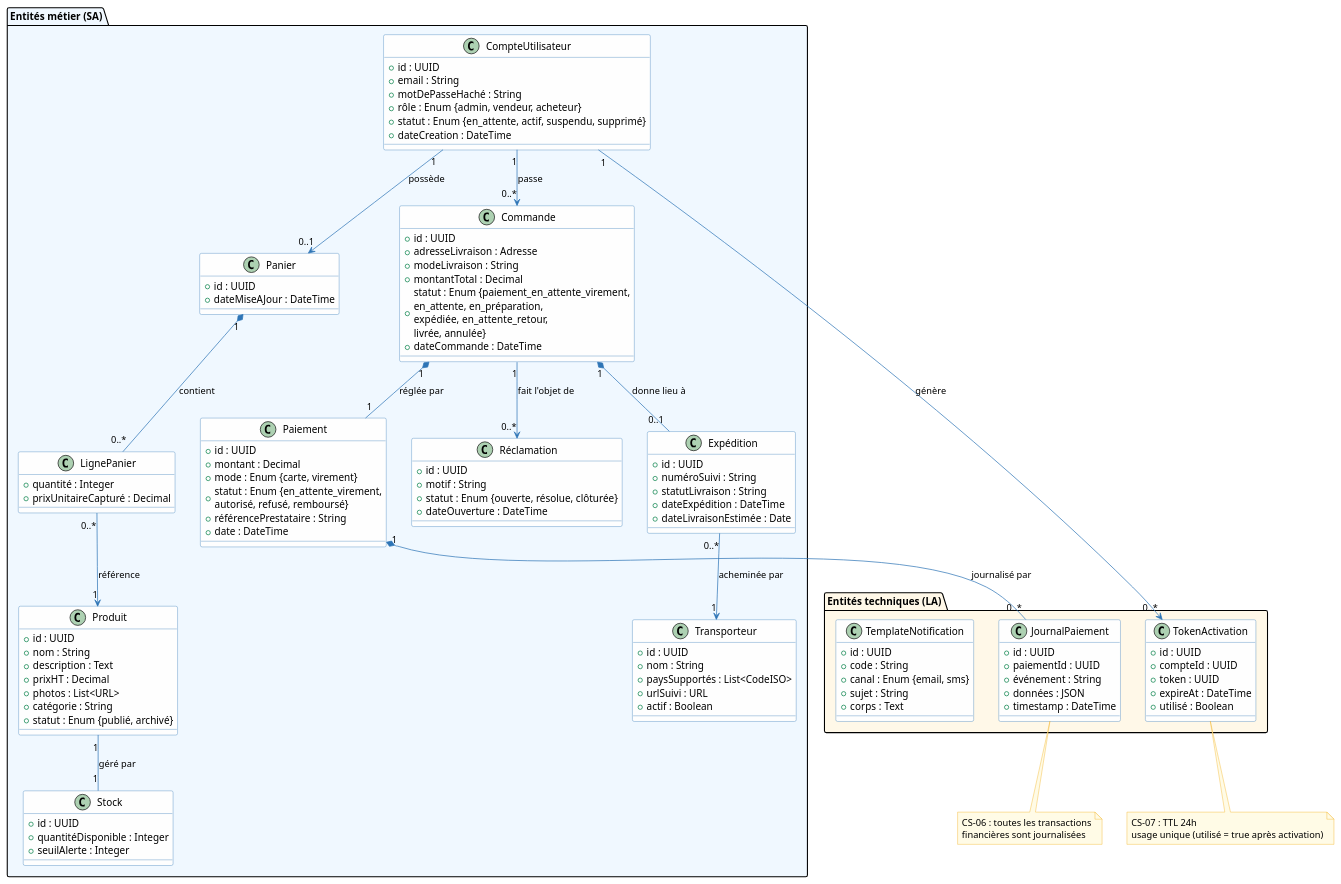
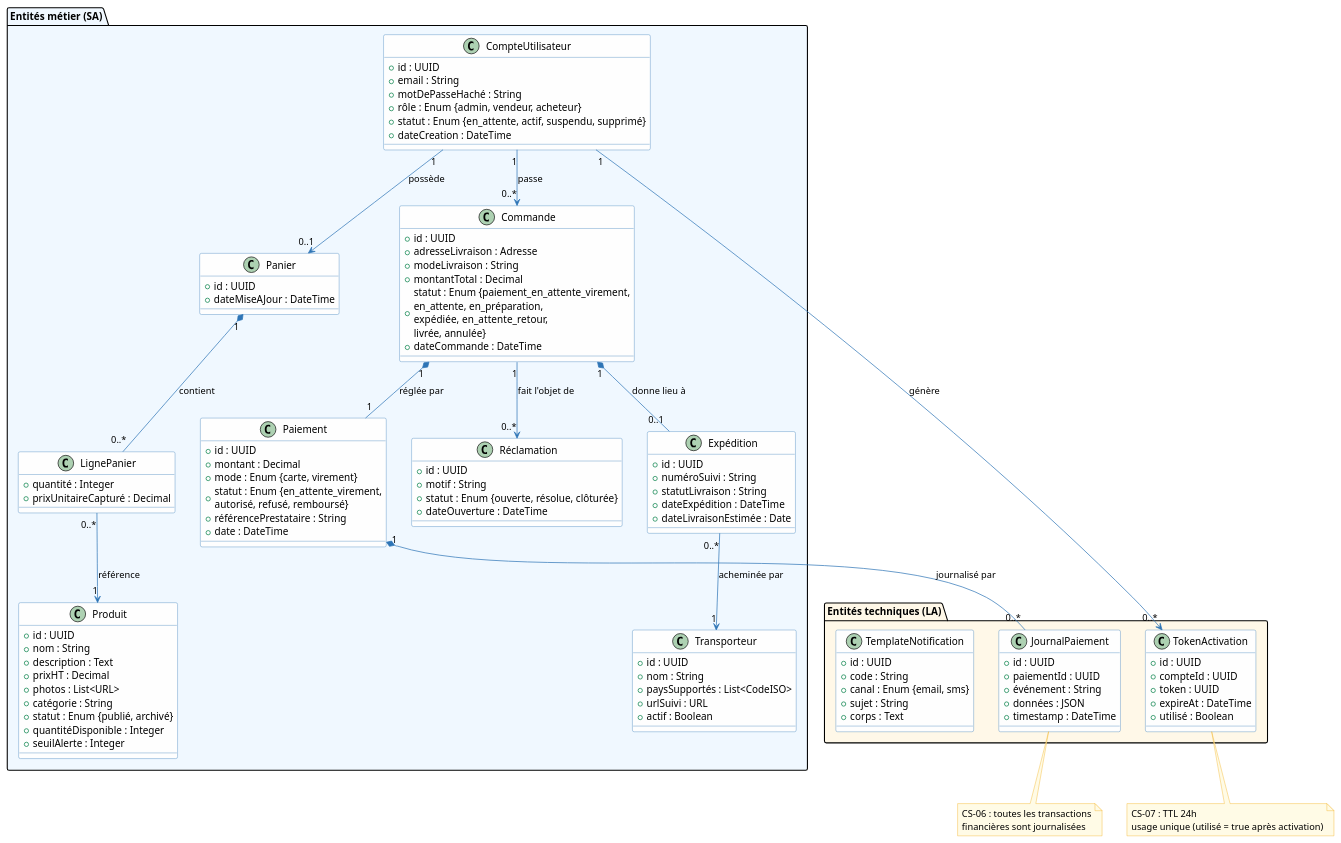
One commit to louistalvande/online_shop changed the seventh of 7 diagrams in architecture/03-logical-architecture/la.adoc. Above: the diagram before and after it, drawn with PlantUML. The commit also changed other lines of this file, not shown here.

Commit message:
merge product and stock, delete audit log

```diff
--- a/architecture/03-logical-architecture/la.adoc
+++ b/architecture/03-logical-architecture/la.adoc
@@ -596,10 +588,6 @@
     + photos : List<URL>
     + catégorie : String
     + statut : Enum {publié, archivé}
-  }
-
-  class Stock {
-    + id : UUID
     + quantitéDisponible : Integer
     + seuilAlerte : Integer
   }
@@ -688,7 +676,6 @@
 CompteUtilisateur "1" --> "0..*" Commande : passe
 Panier "1" *-- "0..*" LignePanier : contient
 LignePanier "0..*" --> "1" Produit : référence
-Produit "1" -- "1" Stock : géré par
 Commande "1" *-- "1" Paiement : réglée par
 Commande "1" *-- "0..1" Expédition : donne lieu à
 Commande "1" --> "0..*" Réclamation : fait l'objet de
```
